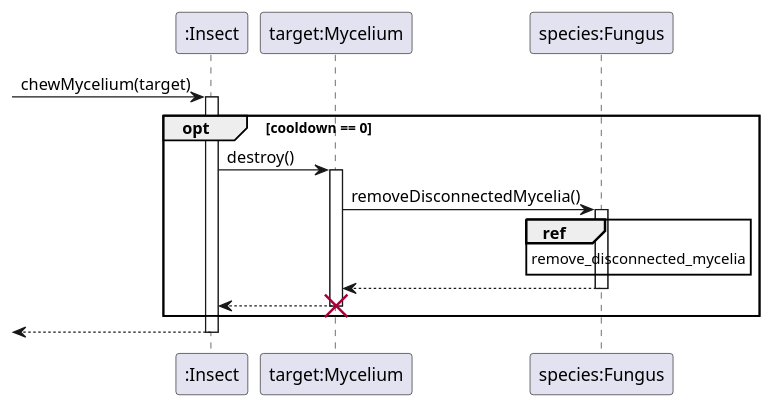
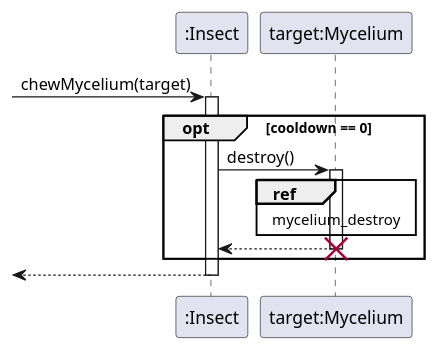
Before and after one commit to ZD4ve/projlab-error521: the diagram in Insect/chew.pu, drawn with PlantUML. The commit also changed 4 other files, not shown here.

```diff
--- a/Insect/chew.pu
+++ b/Insect/chew.pu
@@ -1,31 +1,25 @@
 @startuml
 
 participant ":Insect" as insect
 participant "target:Mycelium" as target
-participant "species:Fungus" as species
 
 -> insect : chewMycelium(target)
 activate insect
 
 opt cooldown == 0
     insect -> target : destroy()
     activate target
 
-    target -> species : removeDisconnectedMycelia()
-    activate species
-
-    ref over species
-        remove_disconnected_mycelia
+    ' TODO egyeztetni a diagram nevet
+    ref over target
+        mycelium_destroy
     end ref
-
-    target <-- species
-    deactivate species
 
     insect <-- target
     destroy target
 end
 
 <-- insect
 deactivate insect
 
 @enduml
```
